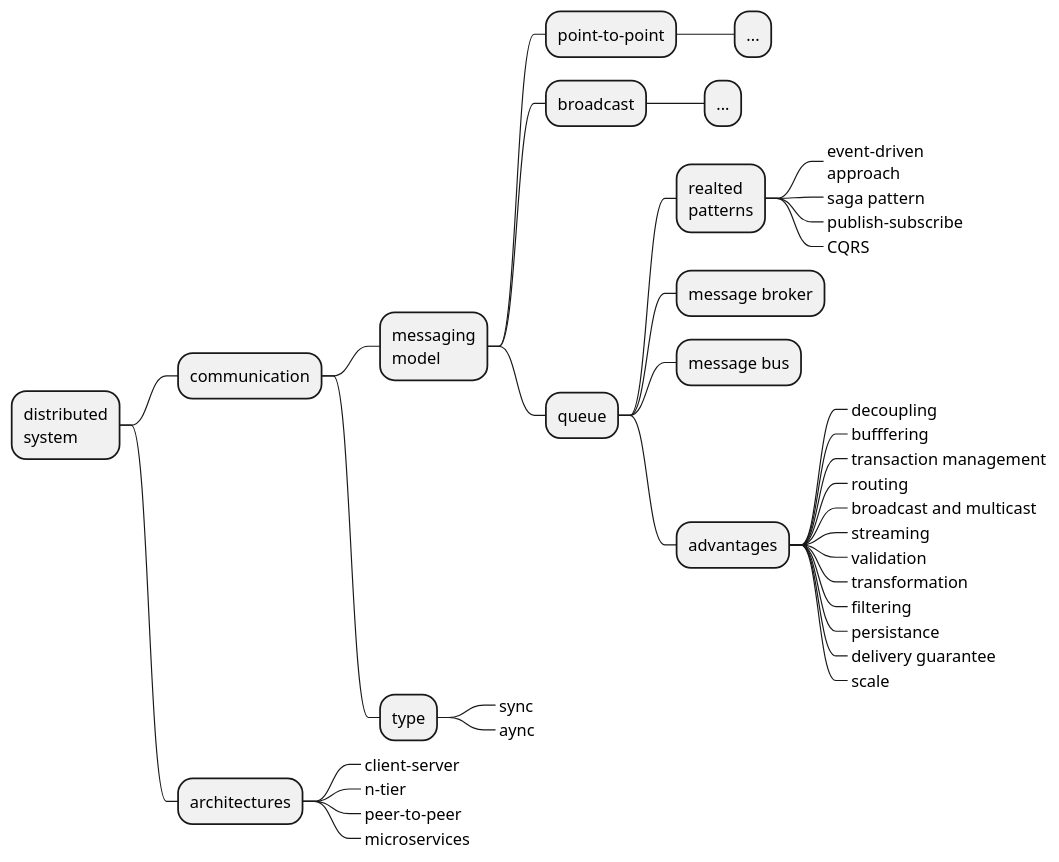
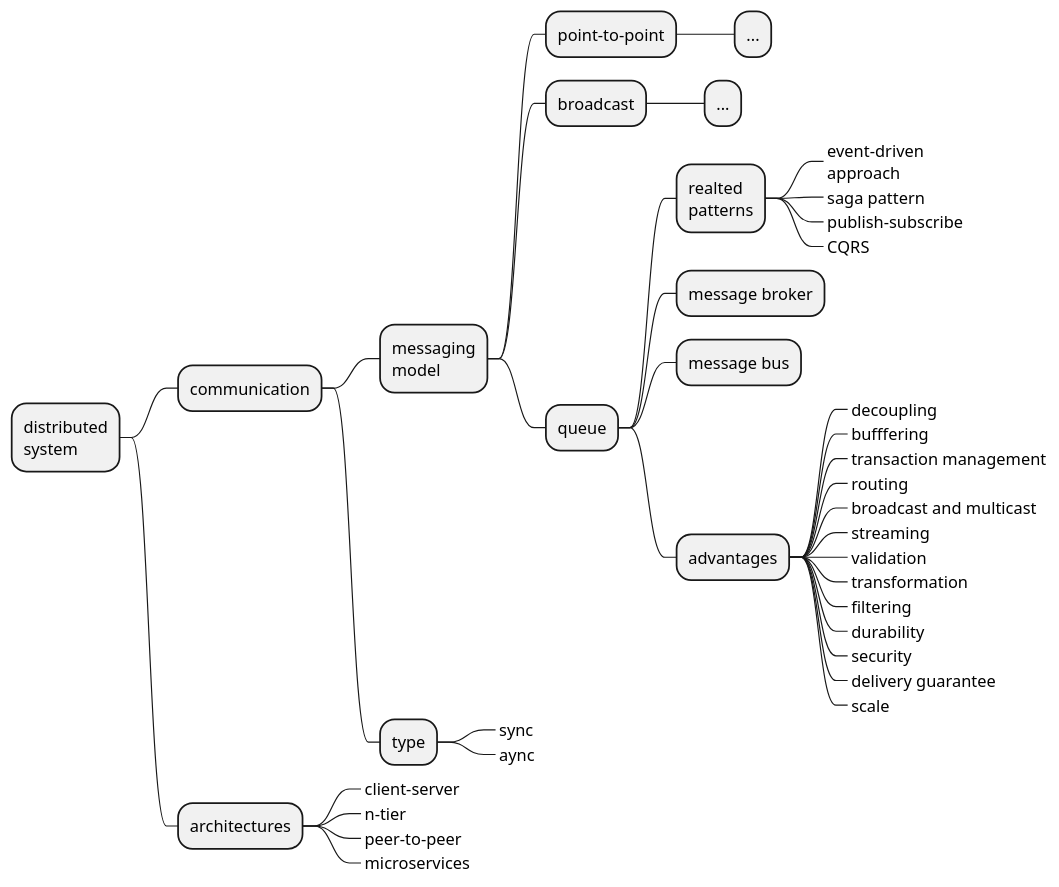
One commit to levplotkin/messaging-roadmap changed the diagram in messaging-roadmap.iuml. Above: the diagram before and after it, drawn with PlantUML.

```diff
--- a/messaging-roadmap.iuml
+++ b/messaging-roadmap.iuml
@@ -1,50 +1,51 @@
 @startmindmap
 
 + distributed\nsystem
 ++ communication
 
 +++ messaging\nmodel
 
 ++++ point-to-point
 +++++ ...
 
 ++++ broadcast
 +++++ ...
 
 ++++ queue
 
 +++++ realted\npatterns
 ++++++_ event-driven\napproach
 ++++++_ saga pattern
 ++++++_ publish–subscribe
 ++++++_ CQRS
 
 +++++ message broker
 
 +++++ message bus
 
 +++++ advantages
 ++++++_ decoupling
 ++++++_ bufffering
 ++++++_ transaction management
 ++++++_ routing
 ++++++_ broadcast and multicast
 ++++++_ streaming
 ++++++_ validation
 ++++++_ transformation
 ++++++_ filtering
-++++++_ persistance
+++++++_ durability
+++++++_ security
 ++++++_ delivery guarantee
 ++++++_ scale
 
 +++ type
 ++++_ sync
 ++++_ aync
 
 ++ architectures
 +++_ client–server
 +++_ n-tier
 +++_ peer-to-peer
 +++_ microservices
 
 @endmindmap
```
